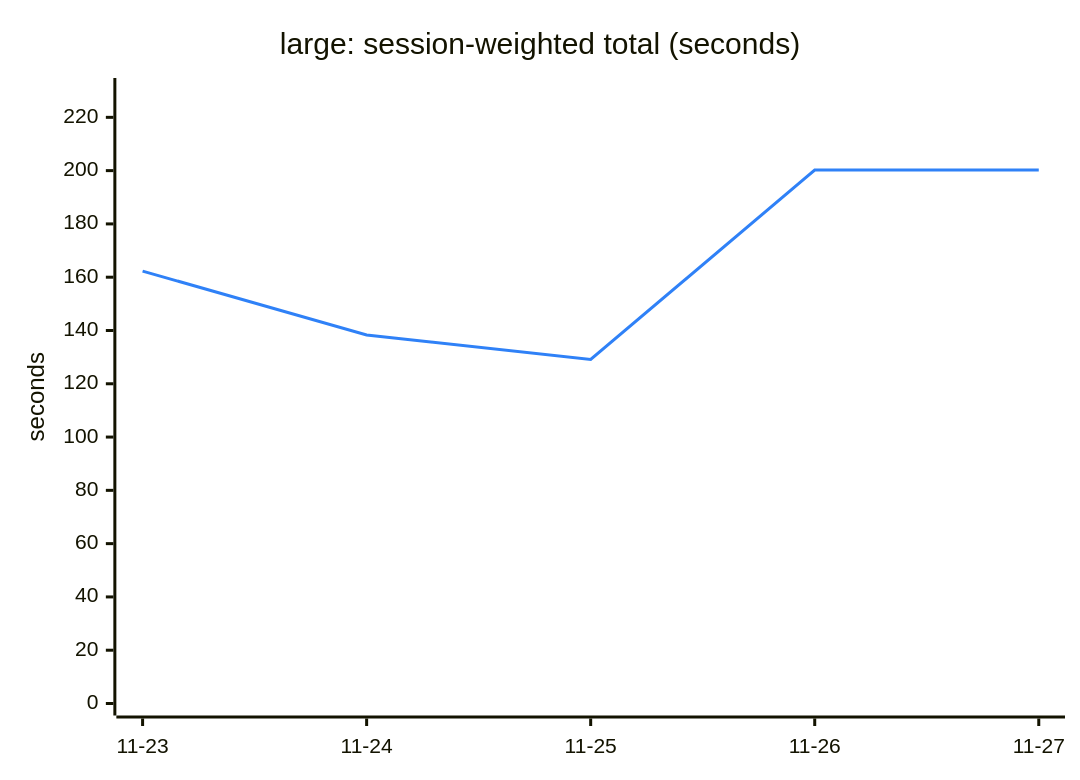
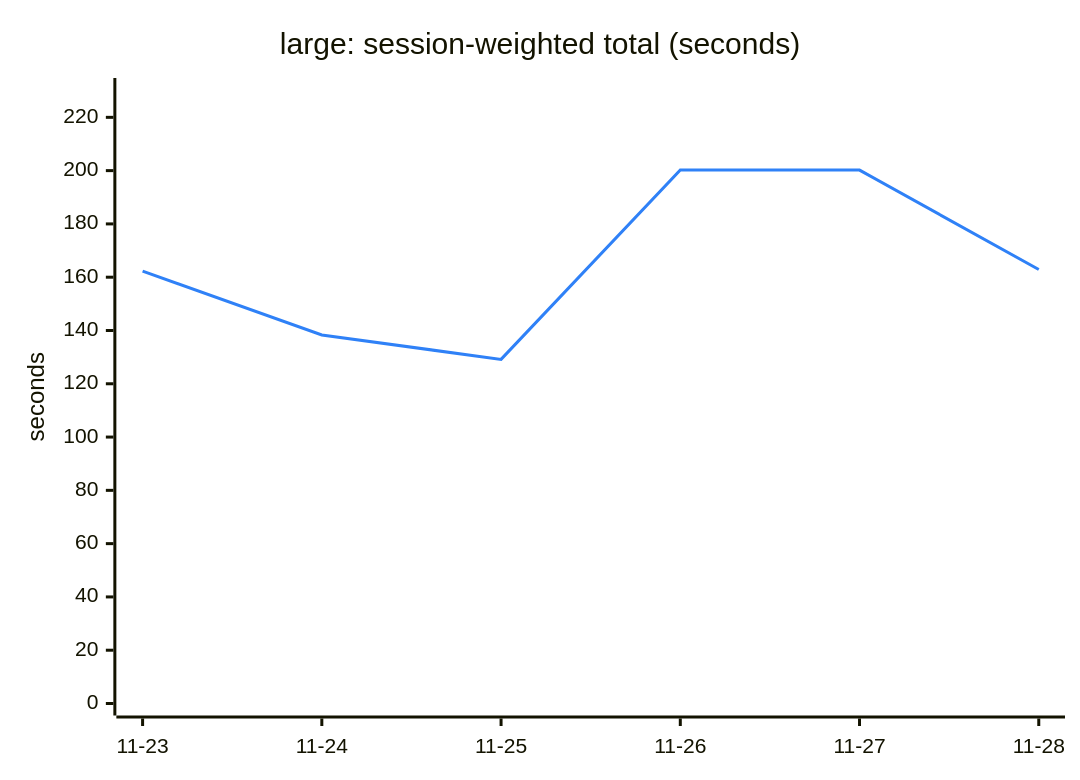
The second of 6 diagrams in TREND.md (engalar/mxcli), drawn with Mermaid before and after one commit. The commit also changed other lines of this file and 2 other files, not shown here.

````diff
--- a/TREND.md
+++ b/TREND.md
@@ -48,13 +48,13 @@
 ```mermaid
 ---
 config:
   themeVariables:
     xyChart:
       plotColorPalette: "#2f81f7"
 ---
 xychart-beta
     title "large: session-weighted total (seconds)"
-    x-axis ["11-23", "11-24", "11-25", "11-26", "11-27"]
+    x-axis ["11-23", "11-24", "11-25", "11-26", "11-27", "11-28"]
     y-axis "seconds" 0 --> 230.26
-    line [162.30, 138.30, 129.15, 200.23, 200.20]
+    line [162.30, 138.30, 129.15, 200.23, 200.20, 162.88]
 ```
````
